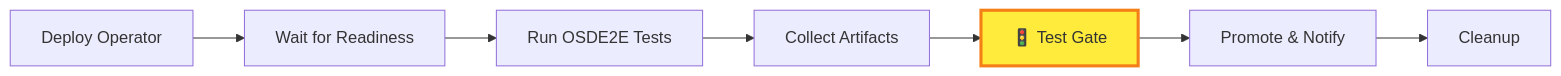
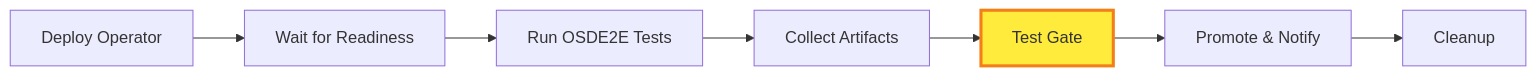
The diagram in deploy/argo-workflows/README.md (openshift/osd-example-operator), drawn with Mermaid before and after one commit. The commit also changed other lines of this file and 8 other files, not shown here.

````diff
--- a/deploy/argo-workflows/README.md
+++ b/deploy/argo-workflows/README.md
@@ -339,11 +339,11 @@
 ```mermaid
 graph LR
     A[Deploy Operator] --> B[Wait for Readiness]
     B --> C[Run OSDE2E Tests]
     C --> D[Collect Artifacts]
-    D --> E[🚦 Test Gate]
+    D --> E[ Test Gate]
     E --> F[Promote & Notify]
     F --> G[Cleanup]
 
     style E fill:#ffeb3b,stroke:#f57f17,stroke-width:3px
 ```
````
